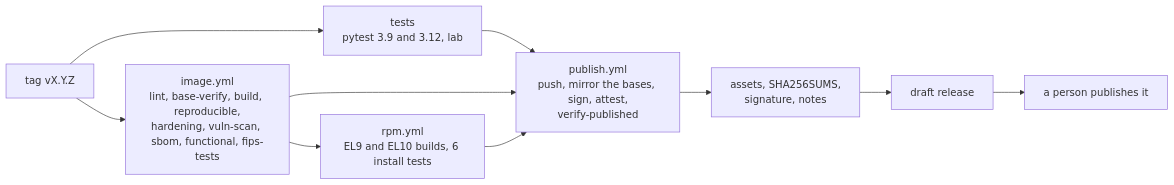
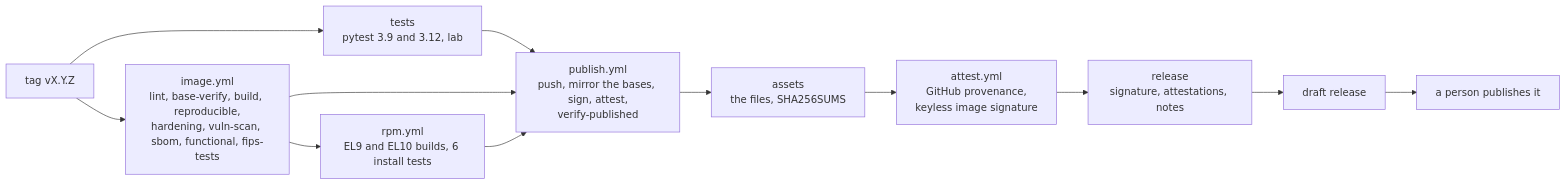
Before and after one commit to JoeHazurmoney/architecture-wiredata-to-log: the diagram in docs/releasing.md, drawn with Mermaid. The commit also changed other lines of this file and 13 other files, not shown here.

Commit message:
SLSA Build Level 3: GitHub build provenance and a keyless image signature, alongside the key (#18)

````diff
--- a/docs/releasing.md
+++ b/docs/releasing.md
@@ -16,12 +16,14 @@
 ```mermaid
 flowchart LR
   tag["tag vX.Y.Z"] --> tests["tests<br/>pytest 3.9 and 3.12, lab"]
   tag --> image["image.yml<br/>lint, base-verify, build, reproducible,<br/>hardening, vuln-scan, sbom, functional, fips-tests"]
   image --> rpm["rpm.yml<br/>EL9 and EL10 builds, 6 install tests"]
   tests --> publish["publish.yml<br/>push, mirror the bases, sign, attest,<br/>verify-published"]
   image --> publish
   rpm --> publish
-  publish --> assets["assets, SHA256SUMS,<br/>signature, notes"]
-  assets --> draft["draft release"]
+  publish --> assets["assets<br/>the files, SHA256SUMS"]
+  assets --> attest["attest.yml<br/>GitHub provenance,<br/>keyless image signature"]
+  attest --> release["release<br/>signature, attestations, notes"]
+  release --> draft["draft release"]
   draft --> person["a person publishes it"]
 ```
````
